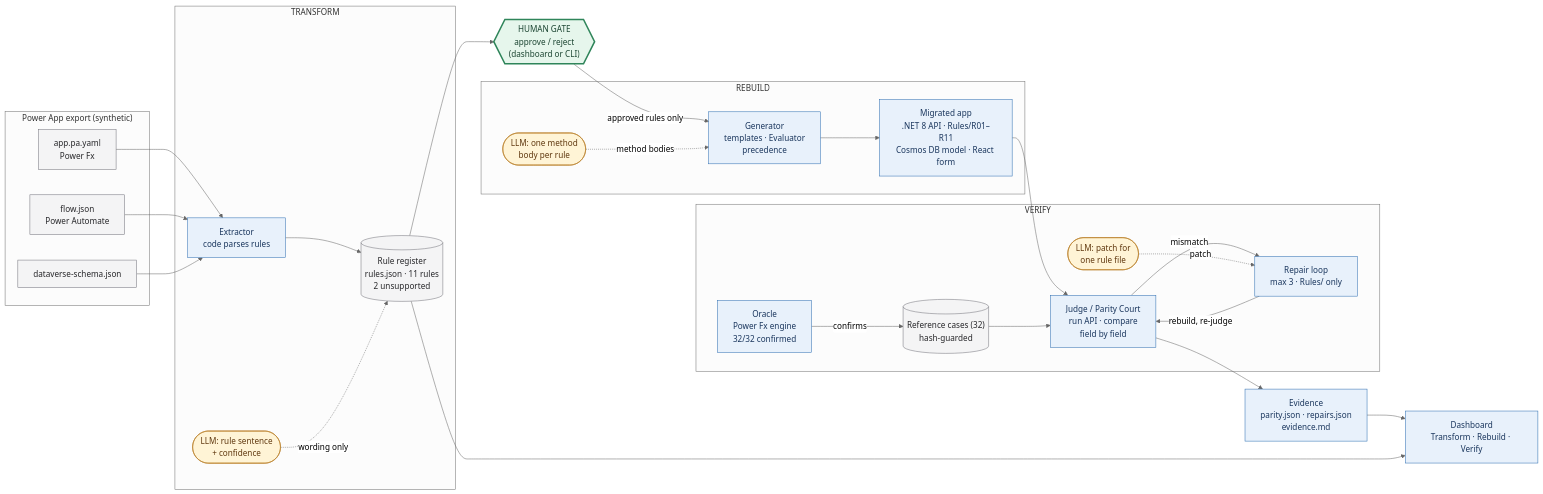
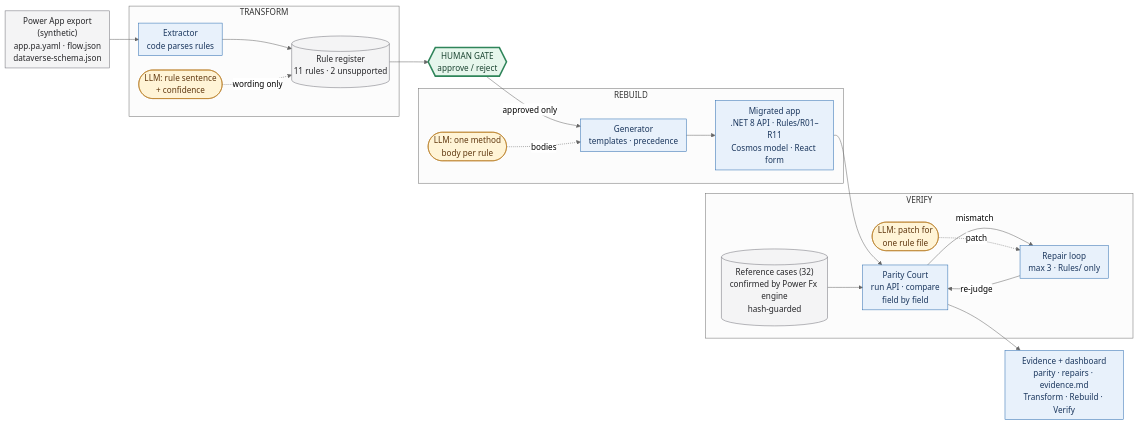
One commit to HelenThl/fluxora changed the diagram in docs/architecture.mmd. Above: the diagram before and after it, drawn with Mermaid (neutral theme). The commit also changed 2 other files, not shown here.

Commit message:
Render the architecture diagram to SVG; tighten its layout
docs/architecture.svg rendered with @mermaid-js/mermaid-cli 11.4.2. The
diagram now folds the oracle into the reference-cases node, merges the
evidence and dashboard nodes and reduces spacing, so it is about a quarter
narrower and readable on a 16:9 slide. README notes `npx.cmd` for
PowerShell sessions where scripts are disabled.

```diff
--- a/docs/architecture.mmd
+++ b/docs/architecture.mmd
@@ -1,60 +1,51 @@
+%%{init: {"flowchart": {"nodeSpacing": 28, "rankSpacing": 38, "padding": 8}}}%%
 %% Fluxora pipeline. Render: npx -y @mermaid-js/mermaid-cli@11.4.2 -i docs/architecture.mmd -o docs/architecture.svg
+%% (Windows PowerShell with scripts disabled: use npx.cmd instead of npx.)
 flowchart LR
-    subgraph IN["Power App export (synthetic)"]
-        APP["app.pa.yaml<br/>Power Fx"]
-        FLOW["flow.json<br/>Power Automate"]
-        SCHEMA["dataverse-schema.json"]
-    end
+    IN["Power App export<br/>(synthetic)<br/>app.pa.yaml · flow.json<br/>dataverse-schema.json"]
 
     subgraph T["TRANSFORM"]
         EXT["Extractor<br/>code parses rules"]
         EXTLLM(["LLM: rule sentence<br/>+ confidence"])
-        REG[("Rule register<br/>rules.json · 11 rules<br/>2 unsupported")]
+        REG[("Rule register<br/>11 rules · 2 unsupported")]
     end
 
-    GATE{{"HUMAN GATE<br/>approve / reject<br/>(dashboard or CLI)"}}
+    GATE{{"HUMAN GATE<br/>approve / reject"}}
 
     subgraph R["REBUILD"]
-        GEN["Generator<br/>templates · Evaluator<br/>precedence"]
+        GEN["Generator<br/>templates · precedence"]
         GENLLM(["LLM: one method<br/>body per rule"])
-        APPOUT["Migrated app<br/>.NET 8 API · Rules/R01–R11<br/>Cosmos DB model · React form"]
+        APPOUT["Migrated app<br/>.NET 8 API · Rules/R01–R11<br/>Cosmos model · React form"]
     end
 
     subgraph V["VERIFY"]
-        CASES[("Reference cases (32)<br/>hash-guarded")]
-        ORACLE["Oracle<br/>Power Fx engine<br/>32/32 confirmed"]
-        JUDGE["Judge / Parity Court<br/>run API · compare<br/>field by field"]
+        CASES[("Reference cases (32)<br/>confirmed by Power Fx engine<br/>hash-guarded")]
+        JUDGE["Parity Court<br/>run API · compare<br/>field by field"]
         REPAIR["Repair loop<br/>max 3 · Rules/ only"]
         REPLLM(["LLM: patch for<br/>one rule file"])
     end
 
-    EVID["Evidence<br/>parity.json · repairs.json<br/>evidence.md"]
-    DASH["Dashboard<br/>Transform · Rebuild · Verify"]
+    OUT["Evidence + dashboard<br/>parity · repairs · evidence.md<br/>Transform · Rebuild · Verify"]
 
-    APP --> EXT
-    FLOW --> EXT
-    SCHEMA --> EXT
+    IN --> EXT
     EXT --> REG
     EXTLLM -. wording only .-> REG
     REG --> GATE
-    GATE -- approved rules only --> GEN
-    GENLLM -. method bodies .-> GEN
+    GATE -- approved only --> GEN
+    GENLLM -. bodies .-> GEN
     GEN --> APPOUT
-    ORACLE -- confirms --> CASES
     APPOUT --> JUDGE
     CASES --> JUDGE
     JUDGE -- mismatch --> REPAIR
     REPLLM -. patch .-> REPAIR
-    REPAIR -- rebuild, re-judge --> JUDGE
-    JUDGE --> EVID
-    EVID --> DASH
-    REG --> DASH
+    REPAIR -- re-judge --> JUDGE
+    JUDGE --> OUT
 
     classDef llm fill:#fff4d6,stroke:#b7791f,color:#5f370e
     classDef nollm fill:#e8f1fb,stroke:#2b6cb0,color:#1a365d
     classDef human fill:#e6f6ec,stroke:#2f855a,color:#1c4532,stroke-width:3px
     classDef data fill:#f4f4f5,stroke:#71717a,color:#27272a
     class EXTLLM,GENLLM,REPLLM llm
-    class EXT,GEN,JUDGE,REPAIR,ORACLE,APPOUT,EVID,DASH nollm
+    class EXT,GEN,JUDGE,REPAIR,APPOUT,OUT nollm
     class GATE human
-    class REG,CASES,APP,FLOW,SCHEMA data
+    class REG,CASES,IN data
```
